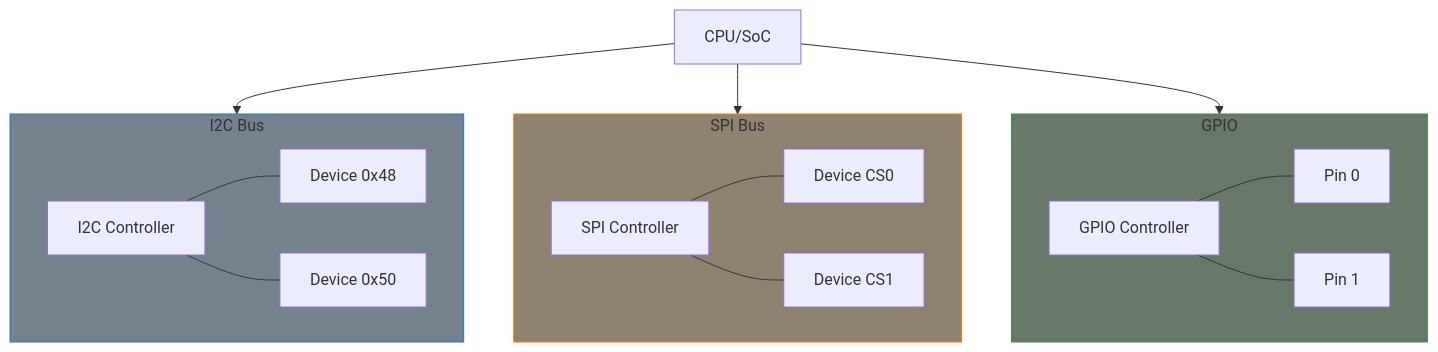
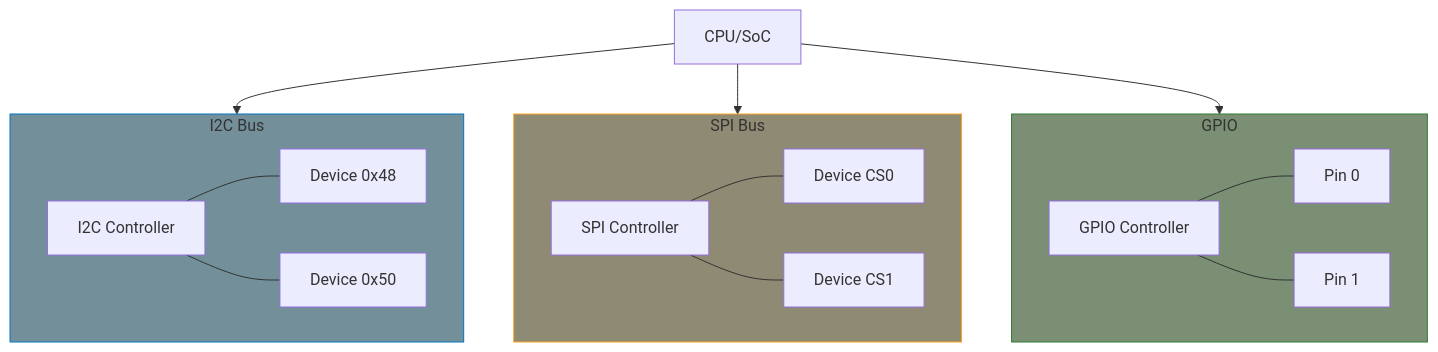
Before and after one commit to MichaelTien8901/linux-driver-guide-tutorial: the first of 3 diagrams in part9/index.md, drawn with Mermaid. The commit also changed 36 other files, not shown here.

Commit message:
Fix mermaid diagram colors to use consistent paper-like theme

````diff
--- a/part9/index.md
+++ b/part9/index.md
@@ -14,38 +14,38 @@
 ```mermaid
 flowchart TB
     subgraph I2C["I2C Bus"]
         direction LR
         I2C_CTRL[I2C Controller]
         I2C_D1[Device 0x48]
         I2C_D2[Device 0x50]
         I2C_CTRL --- I2C_D1
         I2C_CTRL --- I2C_D2
     end
 
     subgraph SPI["SPI Bus"]
         direction LR
         SPI_CTRL[SPI Controller]
         SPI_D1[Device CS0]
         SPI_D2[Device CS1]
         SPI_CTRL --- SPI_D1
         SPI_CTRL --- SPI_D2
     end
 
     subgraph GPIO["GPIO"]
         direction LR
         GPIO_CTRL[GPIO Controller]
         GPIO_P1[Pin 0]
         GPIO_P2[Pin 1]
         GPIO_CTRL --- GPIO_P1
         GPIO_CTRL --- GPIO_P2
     end
 
     CPU[CPU/SoC]
     CPU --> I2C
     CPU --> SPI
     CPU --> GPIO
 
-    style I2C fill:#73828d,stroke:#1976d2
-    style SPI fill:#8f8370,stroke:#f57c00
-    style GPIO fill:#687869,stroke:#388e3c
+    style I2C fill:#738f99,stroke:#0277bd
+    style SPI fill:#8f8a73,stroke:#f9a825
+    style GPIO fill:#7a8f73,stroke:#2e7d32
 ```
````
